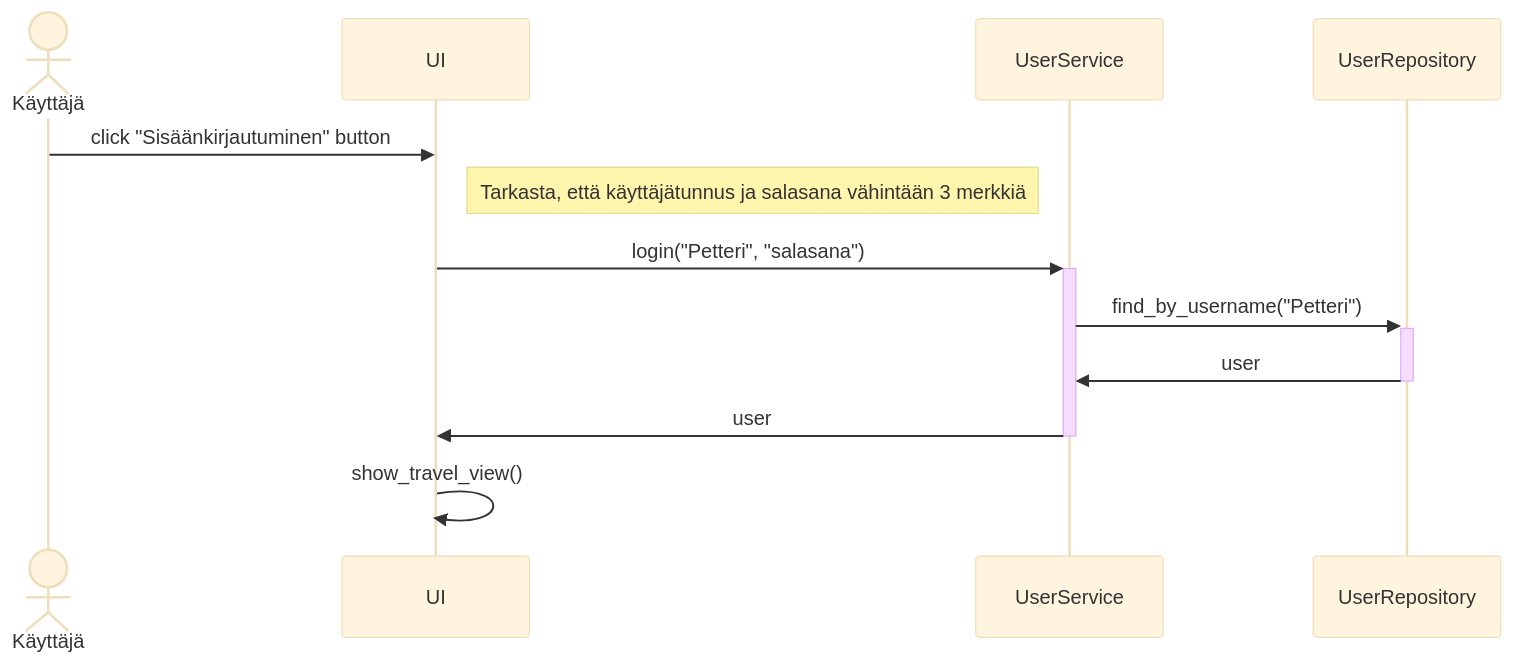
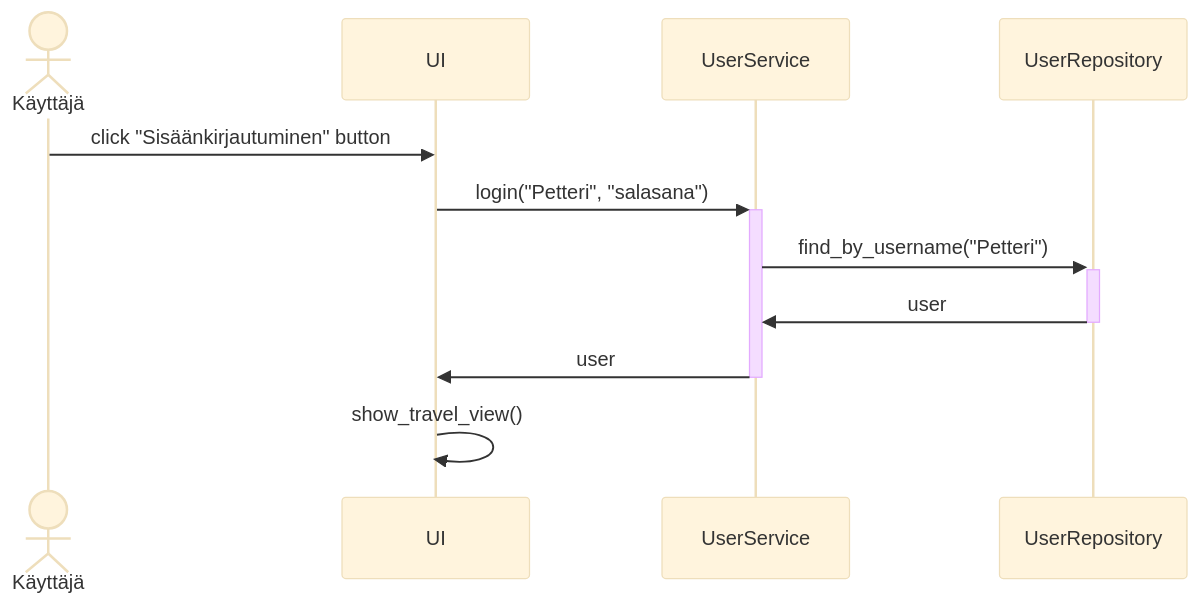
The first of 4 diagrams in travel-expense-calculator-app/dokumentaatio/arkkitehtuuri.md (phuvio/ot-harjoitustyo), drawn with Mermaid (base theme) before and after one commit. The commit also changed other lines of this file, not shown here.

````diff
--- a/travel-expense-calculator-app/dokumentaatio/arkkitehtuuri.md
+++ b/travel-expense-calculator-app/dokumentaatio/arkkitehtuuri.md
@@ -68,15 +68,14 @@
 ```mermaid
  sequenceDiagram
    Actor K as Käyttäjä
    participant U as UI
    participant S as UserService
    participant R as UserRepository
    K->>U: click "Sisäänkirjautuminen" button
-   Note right of U: Tarkasta, että käyttäjätunnus ja salasana vähintään 3 merkkiä
    U->>+S: login("Petteri", "salasana")
    S->>+R: find_by_username("Petteri")
    R->>-S: user
    S->>-U: user
    U->>U: show_travel_view()
 
 ```
````
